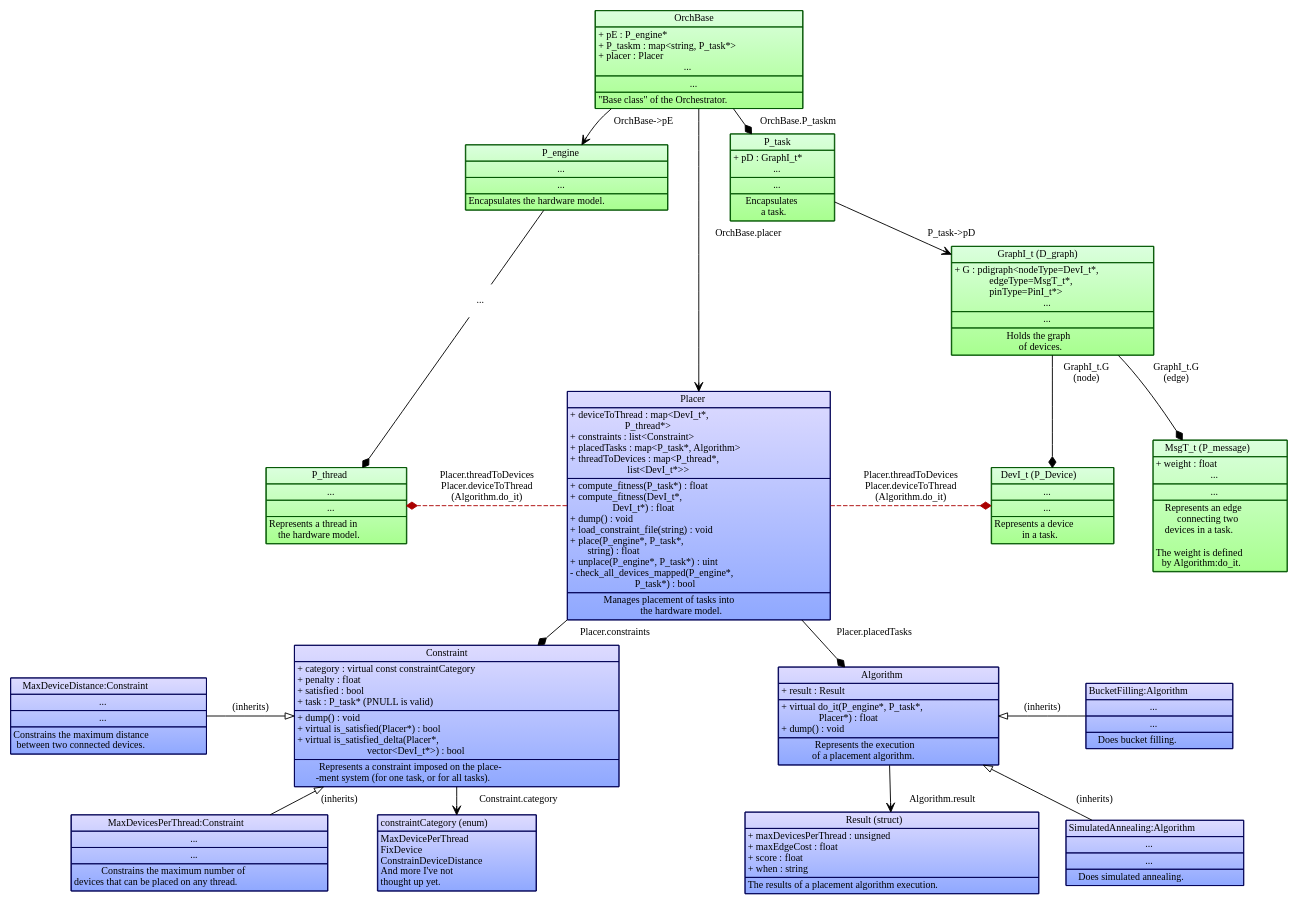
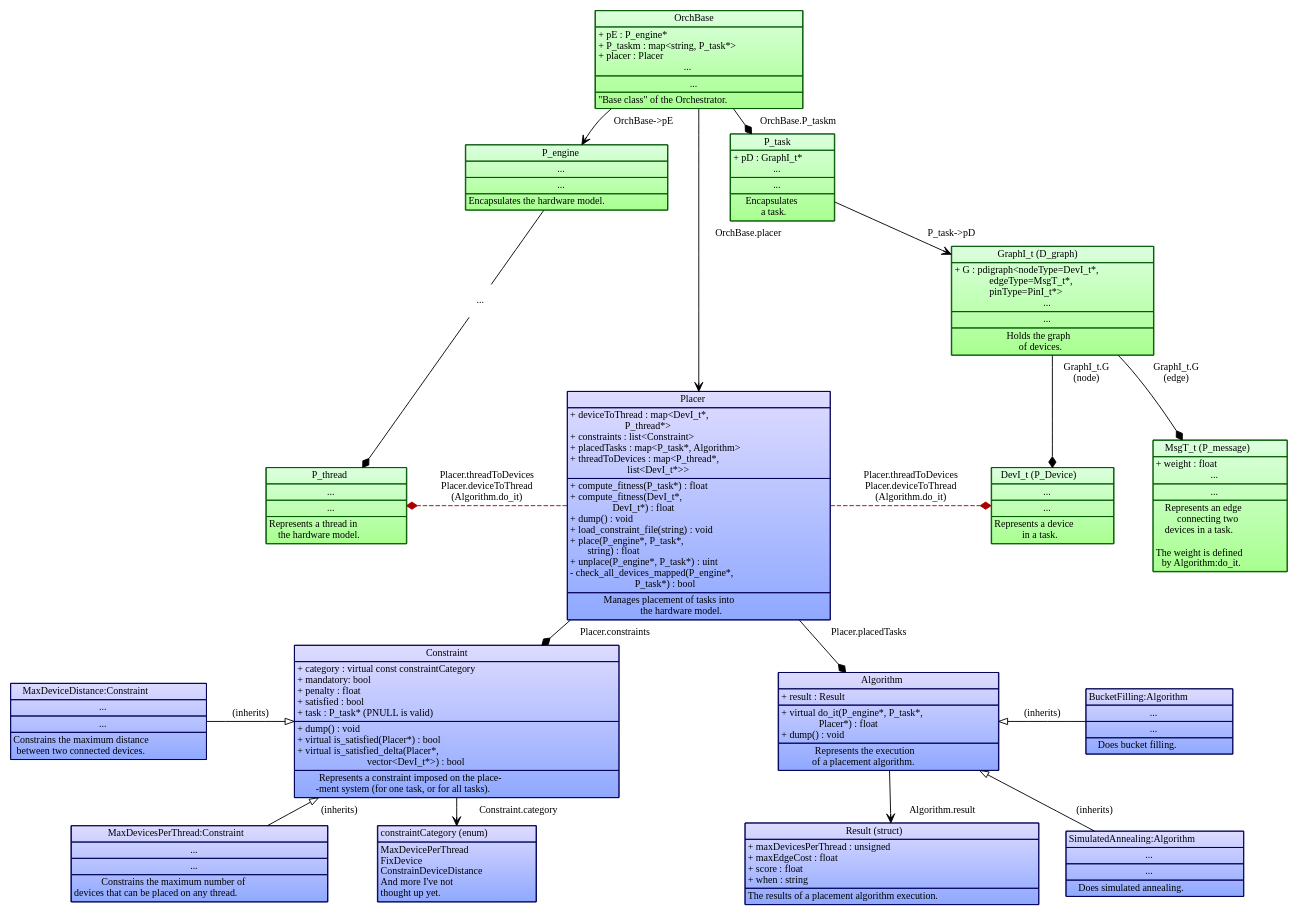
Before and after one commit to POETSII/orchestrator-documentation: the diagram in images/source/placement_design_data_structure.dot, drawn with Graphviz.

Commit message:
Add 'mandatory' boolean to constraint in image.

```diff
--- a/images/source/placement_design_data_structure.dot
+++ b/images/source/placement_design_data_structure.dot
@@ -164,6 +164,7 @@
 <TR><TD>Constraint</TD></TR>
 <TR><TD ALIGN="LEFT">
 + category : virtual const constraintCategory<BR ALIGN="LEFT"/>
++ mandatory: bool<BR ALIGN="LEFT"/>
 + penalty : float<BR ALIGN="LEFT"/>
 + satisfied : bool<BR ALIGN="LEFT"/>
 + task : P_task* (PNULL is valid)<BR ALIGN="LEFT"/>
```
